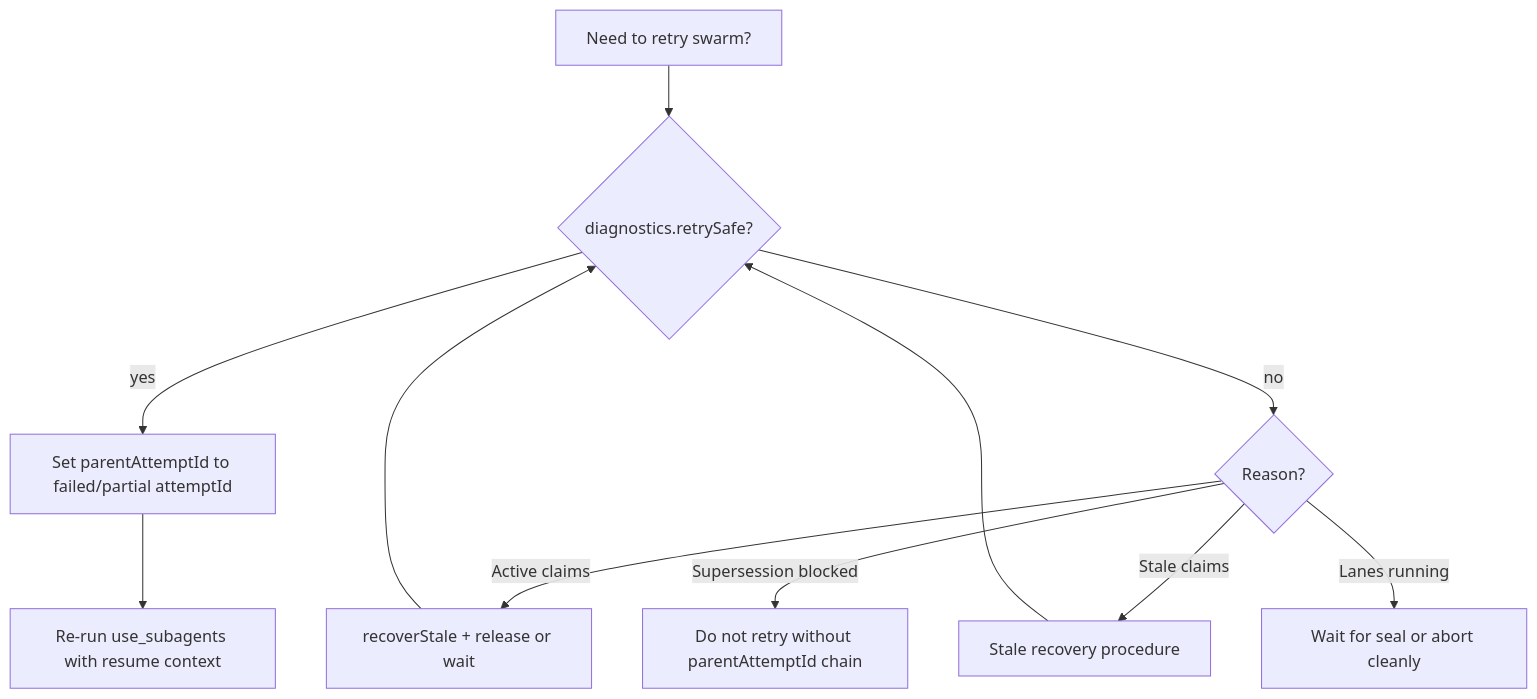
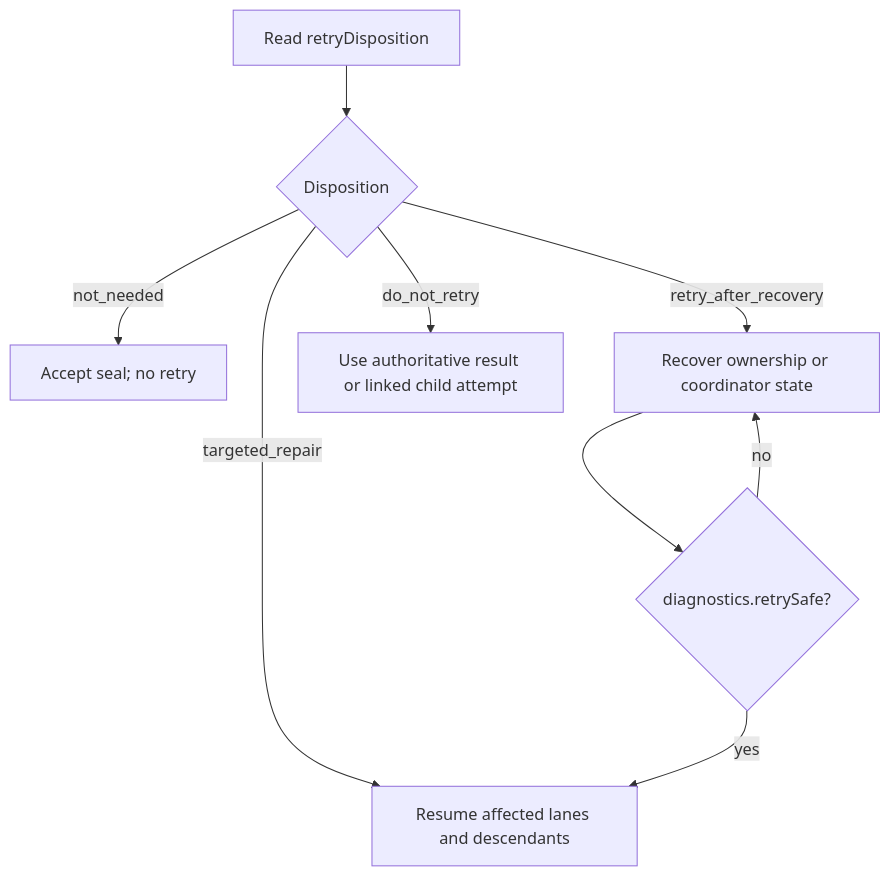
Before and after one commit to CardSorting/LUMI: the diagram in docs/governed-execution-runbook.md, drawn with Mermaid. The commit also changed other lines of this file and 28 other files, not shown here.

````diff
--- a/docs/governed-execution-runbook.md
+++ b/docs/governed-execution-runbook.md
@@ -212,13 +228,11 @@
 ```mermaid
 flowchart TD
-  A[Need to retry swarm?] --> B{diagnostics.retrySafe?}
-  B -->|yes| C[Set parentAttemptId to failed/partial attemptId]
-  C --> D[Re-run use_subagents with resume context]
-  B -->|no| E{Reason?}
-  E -->|Active claims| F[recoverStale + release or wait]
-  E -->|Stale claims| G[Stale recovery procedure]
-  E -->|Supersession blocked| H[Do not retry without parentAttemptId chain]
-  E -->|Lanes running| I[Wait for seal or abort cleanly]
-  F --> B
-  G --> B
+	A[Read retryDisposition] --> B{Disposition}
+	B -->|not_needed| C[Accept seal; no retry]
+	B -->|targeted_repair| D[Resume affected lanes and descendants]
+	B -->|retry_after_recovery| E[Recover ownership or coordinator state]
+	E --> F{diagnostics.retrySafe?}
+	F -->|yes| D
+	F -->|no| E
+	B -->|do_not_retry| G[Use authoritative result or linked child attempt]
 ```
````
